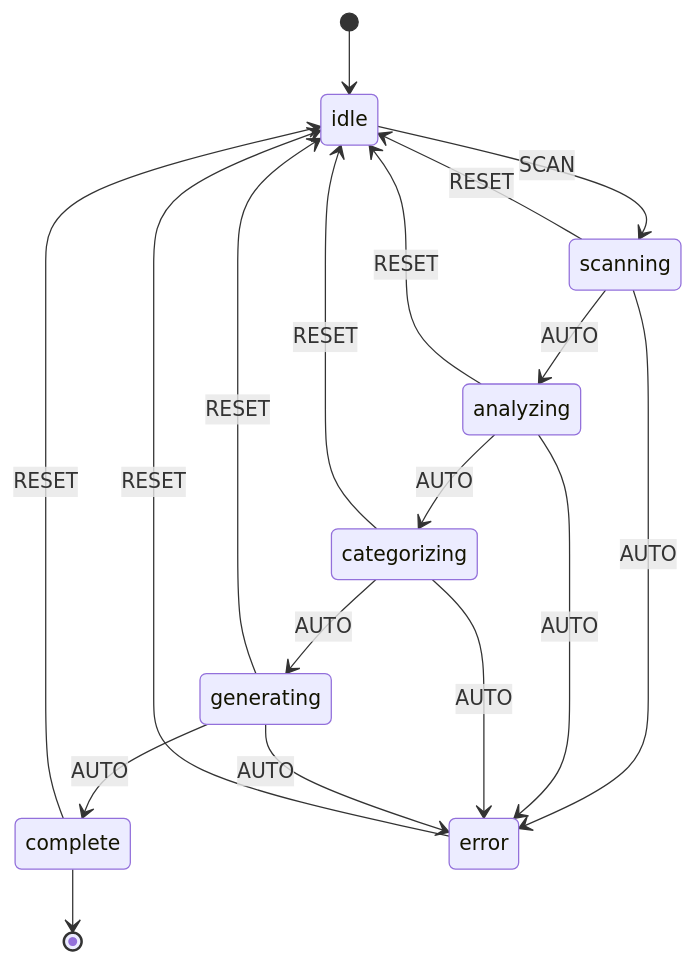
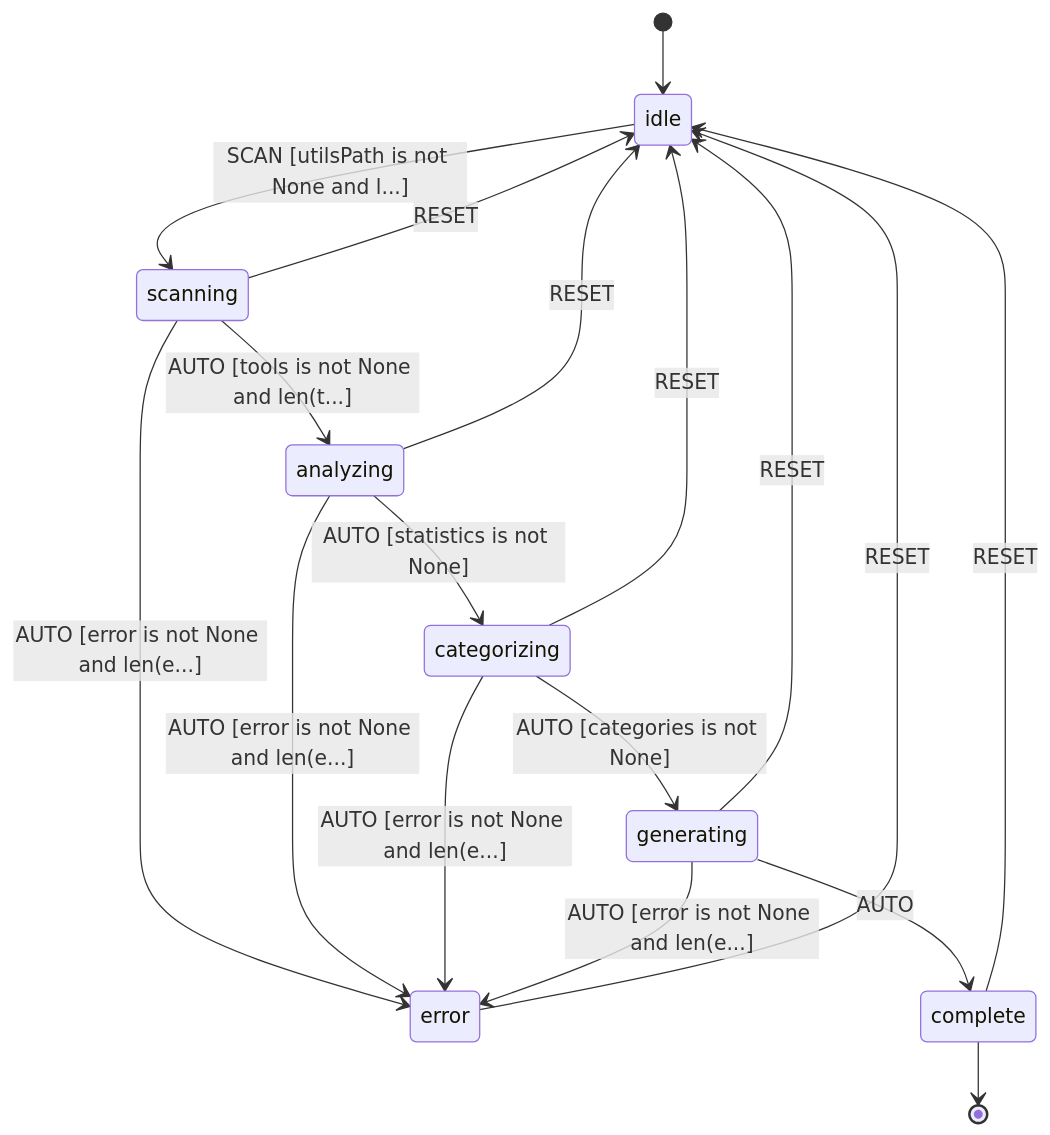
Before and after one commit to rhCat/lpp: the diagram in utils/dashboard/README.md, drawn with Mermaid. The commit also changed 38 other files, not shown here.

Commit message:
feat: updating the function graph to allow selection and viewting

````diff
--- a/utils/dashboard/README.md
+++ b/utils/dashboard/README.md
@@ -35,29 +35,21 @@
 ```mermaid
 stateDiagram-v2
+    %% L++ State Diagram: L++ Tools Dashboard
     [*] --> idle
-
-    idle: idle
-    scanning: scanning
-    analyzing: analyzing
-    categorizing: categorizing
-    generating: generating
-    complete: complete
-    error: error
-
-    idle --> scanning: SCAN
-    scanning --> error: AUTO
-    scanning --> analyzing: AUTO
-    analyzing --> error: AUTO
-    analyzing --> categorizing: AUTO
-    categorizing --> error: AUTO
-    categorizing --> generating: AUTO
-    generating --> error: AUTO
-    generating --> complete: AUTO
-    scanning --> idle: RESET
-    analyzing --> idle: RESET
-    categorizing --> idle: RESET
-    generating --> idle: RESET
-    complete --> idle: RESET
-    error --> idle: RESET
+    idle --> scanning : SCAN [utilsPath is not None and l...]
+    scanning --> error : AUTO [error is not None and len(e...]
+    scanning --> analyzing : AUTO [tools is not None and len(t...]
+    analyzing --> error : AUTO [error is not None and len(e...]
+    analyzing --> categorizing : AUTO [statistics is not None]
+    categorizing --> error : AUTO [error is not None and len(e...]
+    categorizing --> generating : AUTO [categories is not None]
+    generating --> error : AUTO [error is not None and len(e...]
+    generating --> complete : AUTO
+    scanning --> idle : RESET
+    analyzing --> idle : RESET
+    error --> idle : RESET
+    categorizing --> idle : RESET
+    generating --> idle : RESET
+    complete --> idle : RESET
     complete --> [*]
 ```
````
